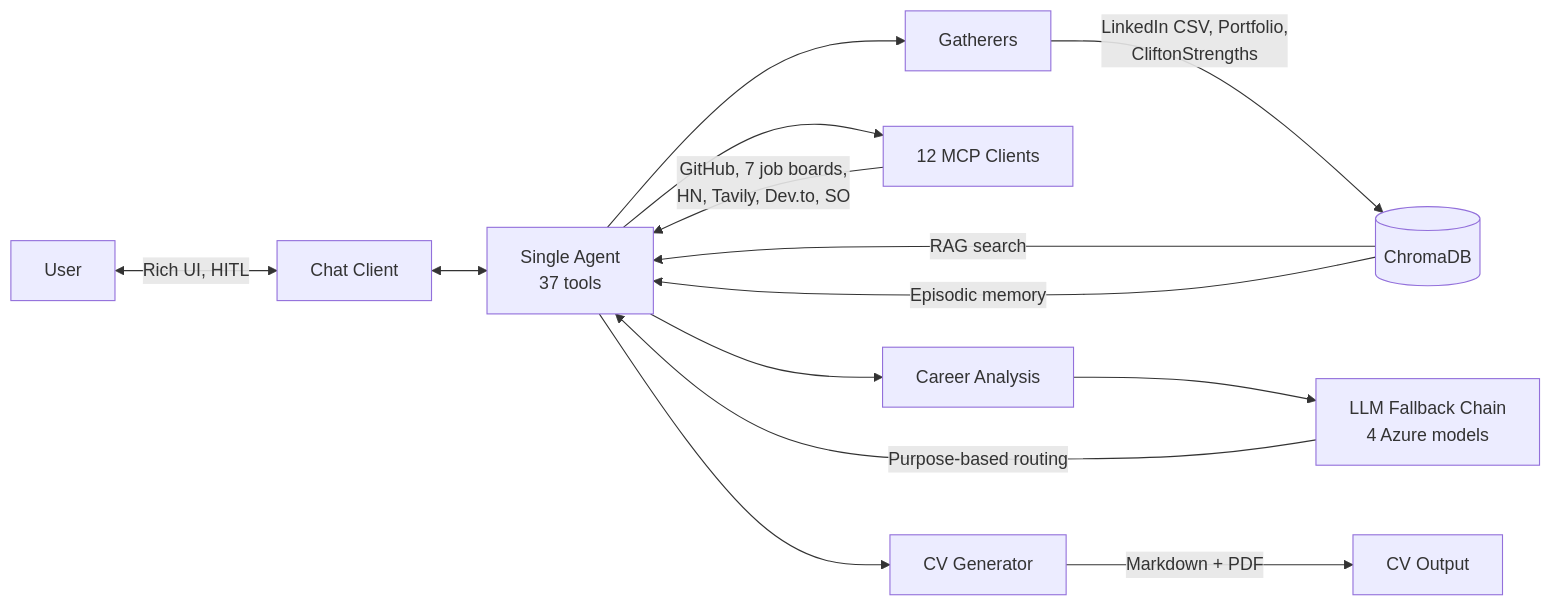
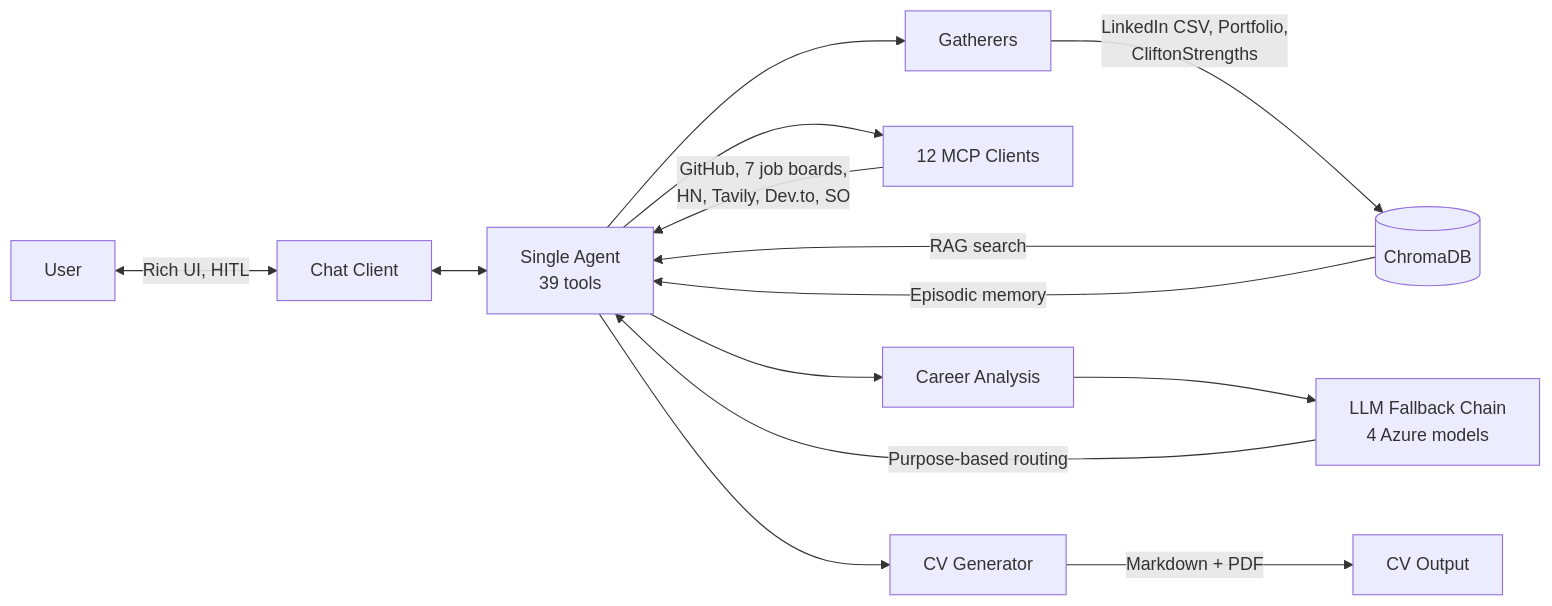
The diagram in README.md (juanmanueldaza/futureproof), drawn with Mermaid before and after one commit. The commit also changed other lines of this file and 10 other files, not shown here.

````diff
--- a/README.md
+++ b/README.md
@@ -11,19 +11,19 @@
 ```mermaid
 graph LR
     User <-->|Rich UI, HITL| Chat[Chat Client]
-    Chat <--> Agent[Single Agent<br/>37 tools]
+    Chat <--> Agent[Single Agent<br/>39 tools]
 
     Agent --> Gather[Gatherers]
     Agent --> MCP[12 MCP Clients]
     Agent --> Analysis[Career Analysis]
     Agent --> Gen[CV Generator]
 
     Gather -->|LinkedIn CSV, Portfolio,<br/>CliftonStrengths| ChromaDB[(ChromaDB)]
     MCP -->|GitHub, 7 job boards,<br/>HN, Tavily, Dev.to, SO| Agent
     Analysis --> LLM[LLM Fallback Chain<br/>4 Azure models]
     Gen -->|Markdown + PDF| Output[CV Output]
 
     ChromaDB -->|RAG search| Agent
     ChromaDB -->|Episodic memory| Agent
     LLM -->|Purpose-based routing| Agent
 ```
````
